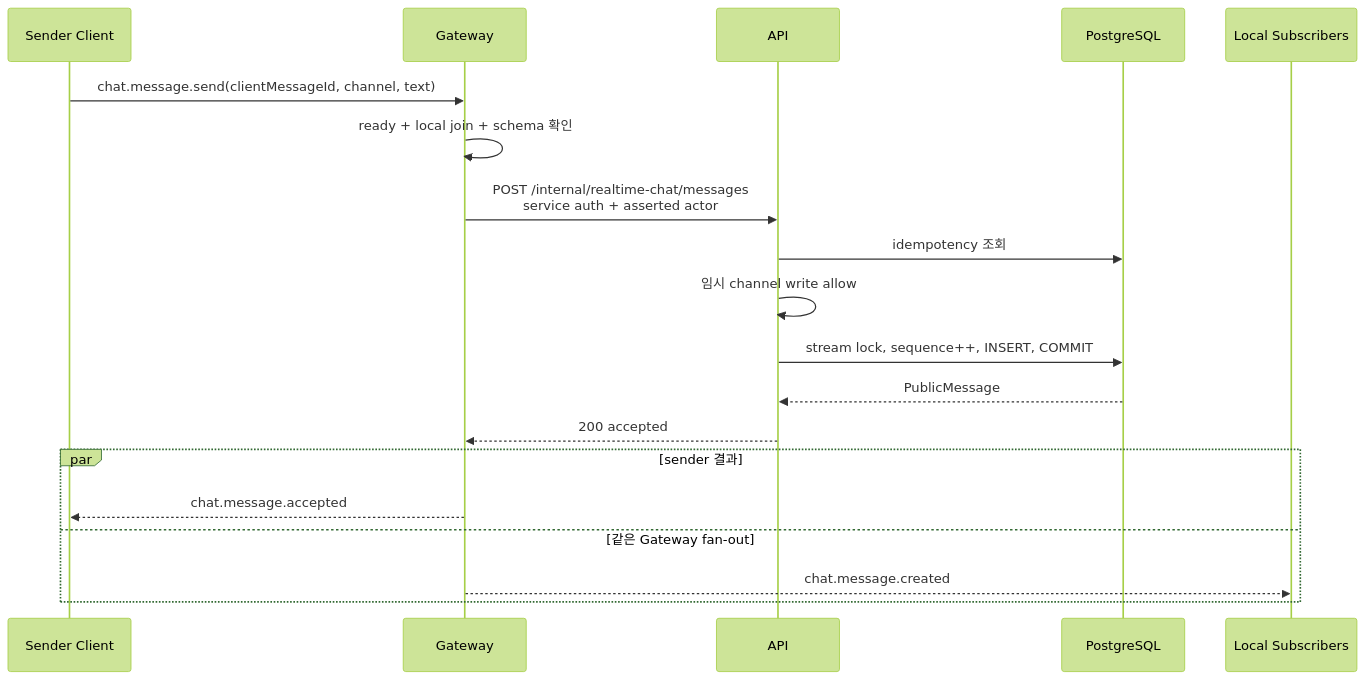
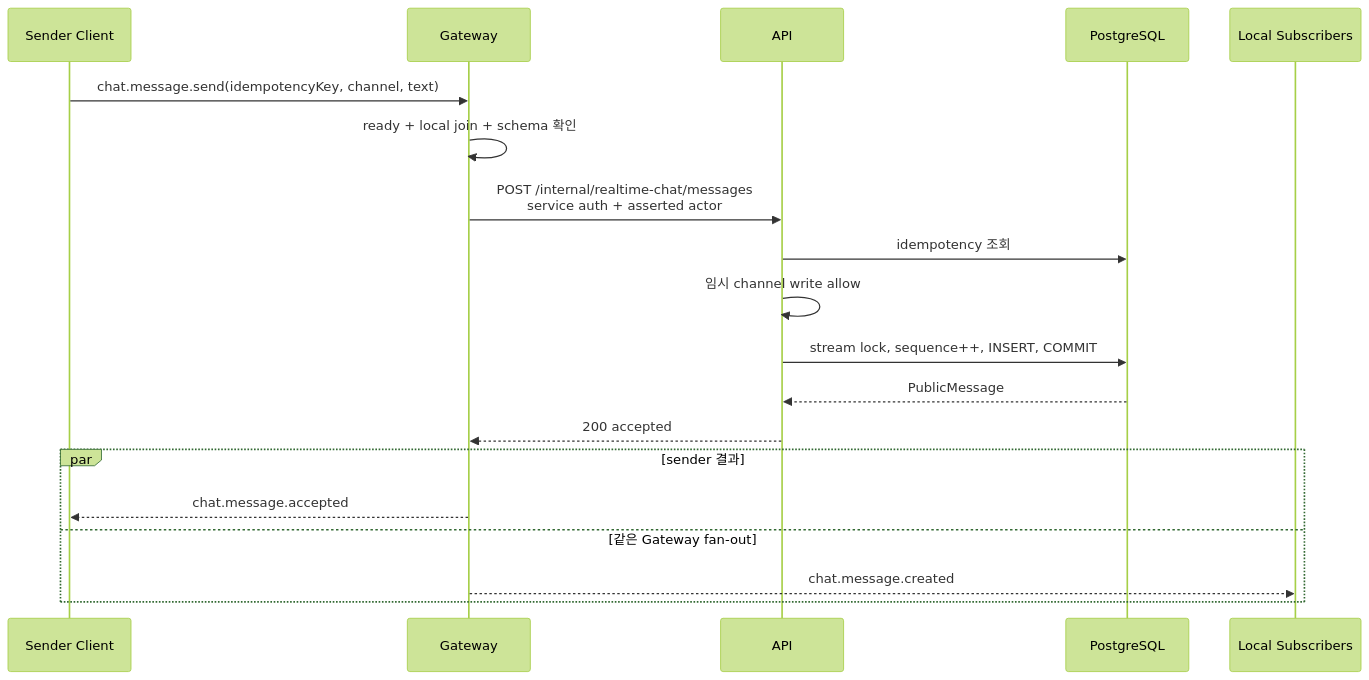
The first of 2 diagrams in specs/realtime-chat-ui/06-core-scenarios.md (BlueCool12/wake-surfer), drawn with Mermaid (forest theme) before and after one commit. The commit also changed other lines of this file and 27 other files, not shown here.

````diff
--- a/specs/realtime-chat-ui/06-core-scenarios.md
+++ b/specs/realtime-chat-ui/06-core-scenarios.md
@@ -389,22 +404,22 @@
 ```mermaid
 sequenceDiagram
   participant C as Sender Client
   participant G as Gateway
   participant A as API
   participant DB as PostgreSQL
   participant O as Local Subscribers
 
-  C->>G: chat.message.send(clientMessageId, channel, text)
+  C->>G: chat.message.send(idempotencyKey, channel, text)
   G->>G: ready + local join + schema 확인
   G->>A: POST /internal/realtime-chat/messages<br/>service auth + asserted actor
   A->>DB: idempotency 조회
   A->>A: 임시 channel write allow
   A->>DB: stream lock, sequence++, INSERT, COMMIT
   DB-->>A: PublicMessage
   A-->>G: 200 accepted
   par sender 결과
     G-->>C: chat.message.accepted
   and 같은 Gateway fan-out
     G-->>O: chat.message.created
   end
 ```
````
